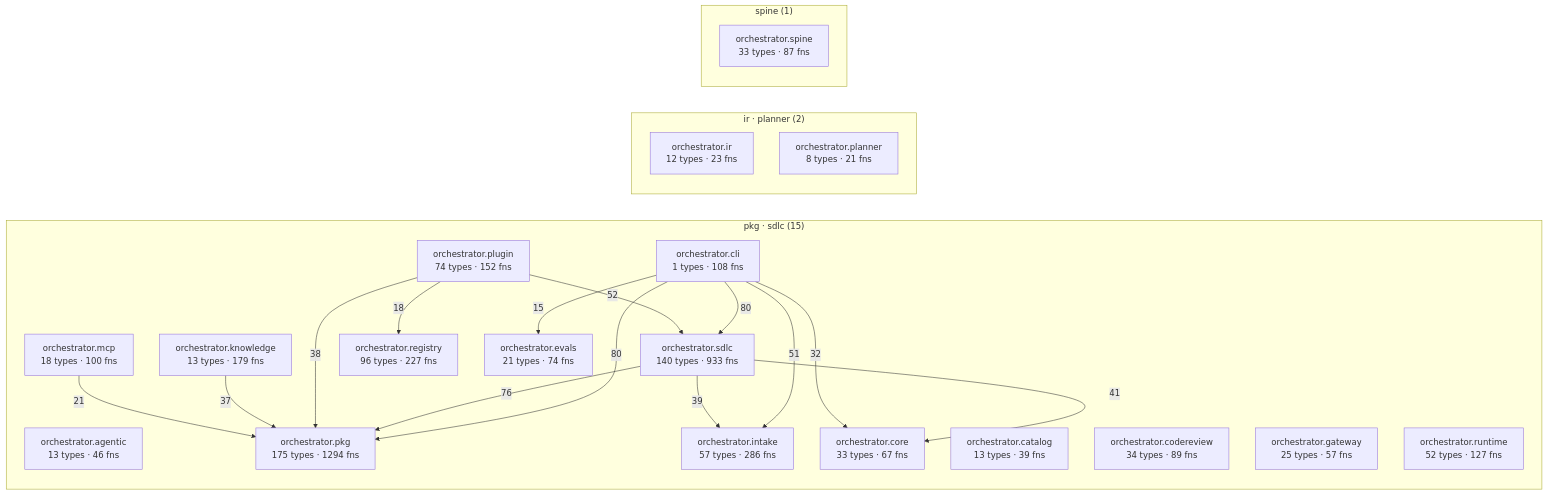
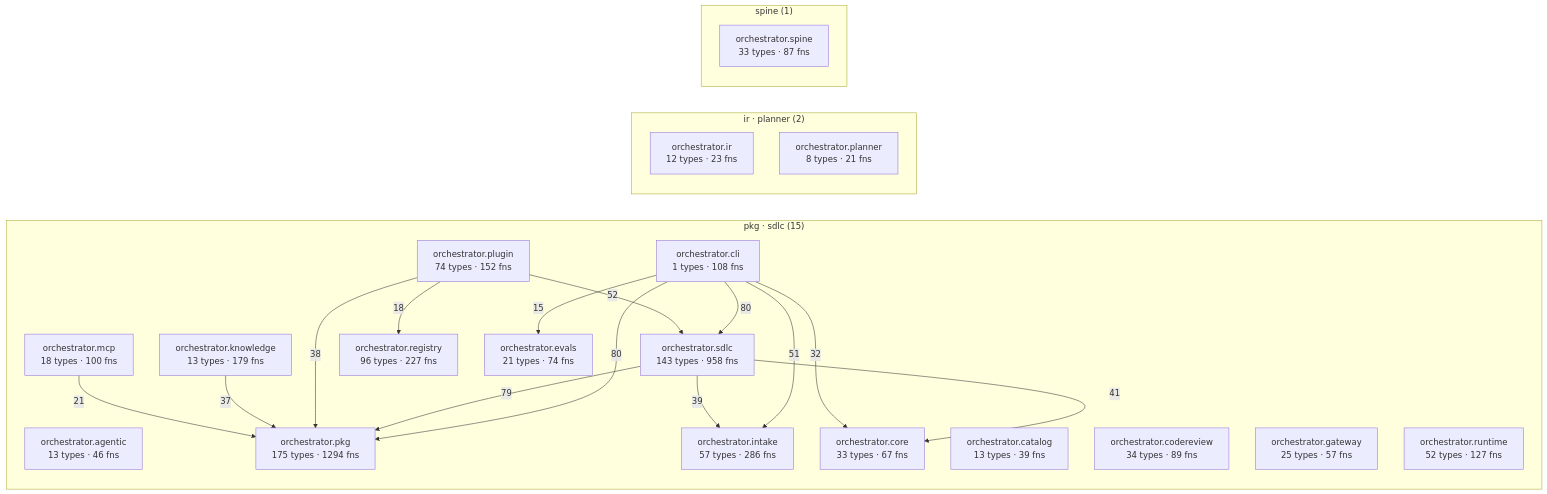
Before and after one commit to synaptixs/spine: the diagram in episteme/architecture.md, drawn with Mermaid. The commit also changed other lines of this file and 27 other files, not shown here.

````diff
--- a/episteme/architecture.md
+++ b/episteme/architecture.md
@@ -55,40 +56,40 @@
 ```mermaid
 flowchart LR
   subgraph c_2["pkg · sdlc (15)"]
     aorchestratoragentic["orchestrator.agentic<br/>13 types · 46 fns"]
     aorchestratorcatalog["orchestrator.catalog<br/>13 types · 39 fns"]
     aorchestratorcli["orchestrator.cli<br/>1 types · 108 fns"]
     aorchestratorcodereview["orchestrator.codereview<br/>34 types · 89 fns"]
     aorchestratorcore["orchestrator.core<br/>33 types · 67 fns"]
     aorchestratorevals["orchestrator.evals<br/>21 types · 74 fns"]
     aorchestratorgateway["orchestrator.gateway<br/>25 types · 57 fns"]
     aorchestratorintake["orchestrator.intake<br/>57 types · 286 fns"]
     aorchestratorknowledge["orchestrator.knowledge<br/>13 types · 179 fns"]
     aorchestratormcp["orchestrator.mcp<br/>18 types · 100 fns"]
     aorchestratorpkg["orchestrator.pkg<br/>175 types · 1294 fns"]
     aorchestratorplugin["orchestrator.plugin<br/>74 types · 152 fns"]
     aorchestratorregistry["orchestrator.registry<br/>96 types · 227 fns"]
     aorchestratorruntime["orchestrator.runtime<br/>52 types · 127 fns"]
-    aorchestratorsdlc["orchestrator.sdlc<br/>140 types · 933 fns"]
+    aorchestratorsdlc["orchestrator.sdlc<br/>143 types · 958 fns"]
   end
   subgraph c_5["ir · planner (2)"]
     aorchestratorir["orchestrator.ir<br/>12 types · 23 fns"]
     aorchestratorplanner["orchestrator.planner<br/>8 types · 21 fns"]
   end
   subgraph c_10["spine (1)"]
     aorchestratorspine["orchestrator.spine<br/>33 types · 87 fns"]
   end
   aorchestratorcli -->|80| aorchestratorpkg
   aorchestratorcli -->|80| aorchestratorsdlc
-  aorchestratorsdlc -->|76| aorchestratorpkg
+  aorchestratorsdlc -->|79| aorchestratorpkg
   aorchestratorplugin -->|52| aorchestratorsdlc
   aorchestratorcli -->|51| aorchestratorintake
   aorchestratorsdlc -->|41| aorchestratorcore
   aorchestratorsdlc -->|39| aorchestratorintake
   aorchestratorplugin -->|38| aorchestratorpkg
   aorchestratorknowledge -->|37| aorchestratorpkg
   aorchestratorcli -->|32| aorchestratorcore
   aorchestratormcp -->|21| aorchestratorpkg
   aorchestratorplugin -->|18| aorchestratorregistry
   aorchestratorcli -->|15| aorchestratorevals
 ```
````
